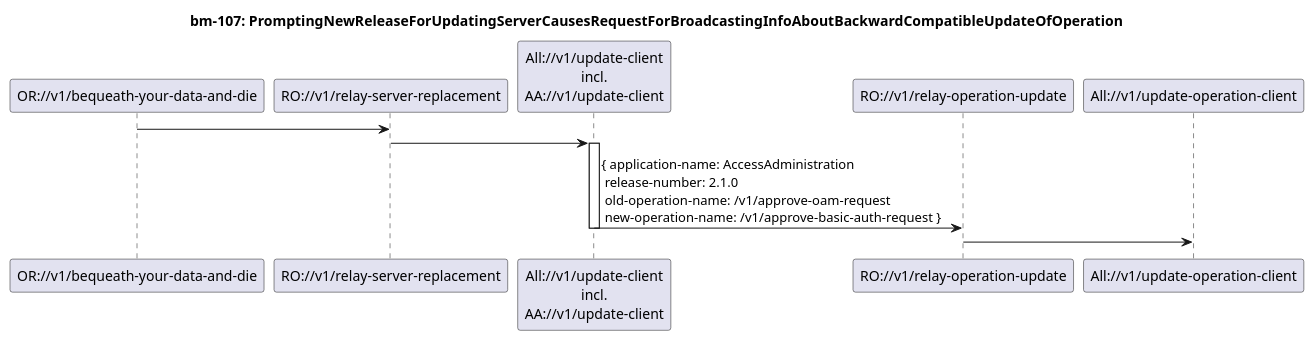
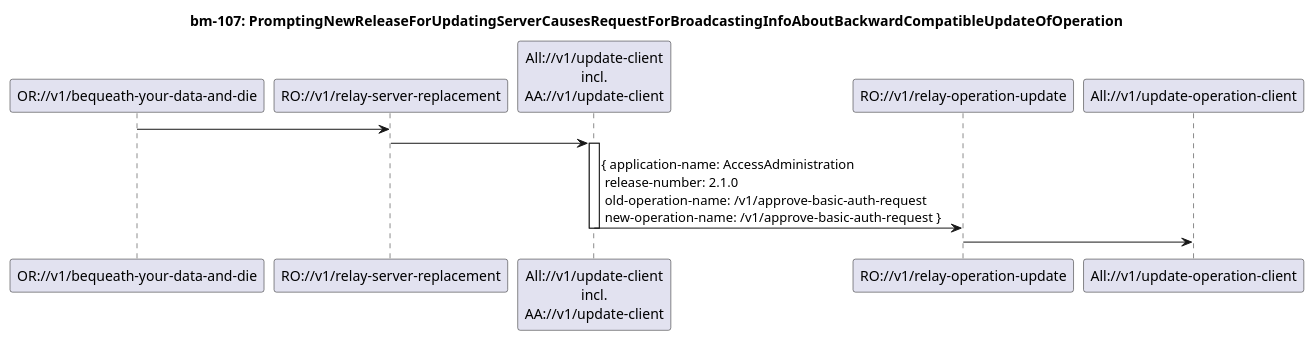
The diagram in spec/diagrams/bm007_BackwardCompatibleReplacement.plantuml (openBackhaul/AdministratorAdministration), drawn with PlantUML before and after one commit. The commit also changed 18 other files, not shown here.

```diff
--- a/spec/diagrams/bm007_BackwardCompatibleReplacement.plantuml
+++ b/spec/diagrams/bm007_BackwardCompatibleReplacement.plantuml
@@ -1,23 +1,23 @@
 @startuml bm007_BackwardCompatibleReplacement
 skinparam responseMessageBelowArrow true
 
 title
 bm-107: PromptingNewReleaseForUpdatingServerCausesRequestForBroadcastingInfoAboutBackwardCompatibleUpdateOfOperation
 end title
 
 participant "OR://v1/bequeath-your-data-and-die" as OldRelease
 participant "RO://v1/relay-server-replacement" as RO
 participant "All://v1/update-client\nincl.\nAA://v1/update-client" as UpdateClient
 participant "RO://v1/relay-operation-update" as BackwardCompatibleReplacement
 participant "All://v1/update-operation-client" as AllApplications
 
 OldRelease -> RO
 
 RO -> UpdateClient
 activate UpdateClient
-UpdateClient -> BackwardCompatibleReplacement : { application-name: AccessAdministration \n release-number: 2.1.0 \n old-operation-name: /v1/approve-oam-request \n new-operation-name: /v1/approve-basic-auth-request }
+UpdateClient -> BackwardCompatibleReplacement : { application-name: AccessAdministration \n release-number: 2.1.0 \n old-operation-name: /v1/approve-basic-auth-request \n new-operation-name: /v1/approve-basic-auth-request }
 deactivate UpdateClient
 
 BackwardCompatibleReplacement -> AllApplications
 
 @enduml
```
